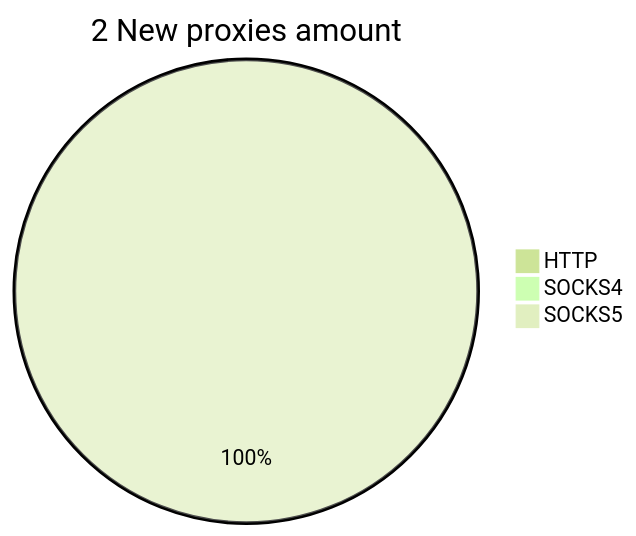
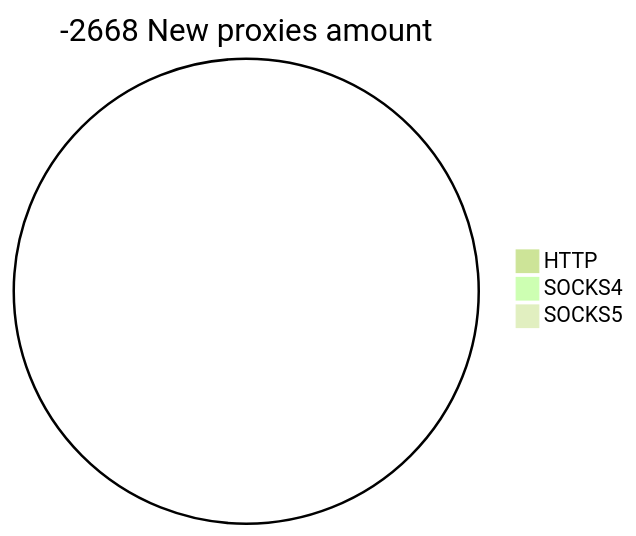
One commit to cutipu/proxylist changed the second of 2 diagrams in README.md. Above: the diagram before and after it, drawn with Mermaid (forest theme). The commit also changed other lines of this file, not shown here.

````diff
--- a/README.md
+++ b/README.md
@@ -10,6 +10,6 @@
 ```mermaid
-pie title 2 New proxies amount
+pie title -2668 New proxies amount
     "HTTP" : 0
     "SOCKS4" : 0
-    "SOCKS5" : 4
+    "SOCKS5" : 0
 ```
````
